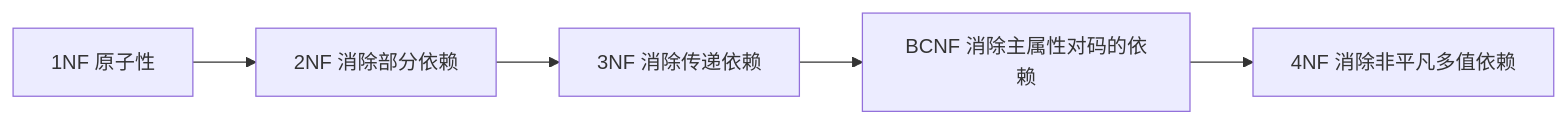
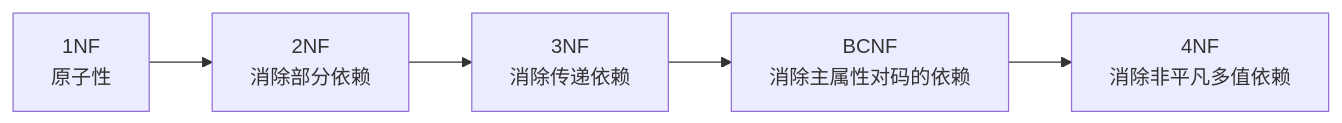
Before and after one commit to Norman-pong/architect-prep: the sixth of 18 diagrams in server/internal/seed/markdown/ch06.md, drawn with Mermaid. The commit also changed other lines of this file and 29 other files, not shown here.

````diff
--- a/server/internal/seed/markdown/ch06.md
+++ b/server/internal/seed/markdown/ch06.md
@@ -26,7 +194,7 @@
 ```mermaid
 flowchart LR
-    A[1NF 原子性] --> B[2NF 消除部分依赖]
-    B --> C[3NF 消除传递依赖]
-    C --> D[BCNF 消除主属性对码的依赖]
-    D --> E[4NF 消除非平凡多值依赖]
+    A[1NF<br/>原子性] --> B[2NF<br/>消除部分依赖]
+    B --> C[3NF<br/>消除传递依赖]
+    C --> D[BCNF<br/>消除主属性对码的依赖]
+    D --> E[4NF<br/>消除非平凡多值依赖]
 ```
````
